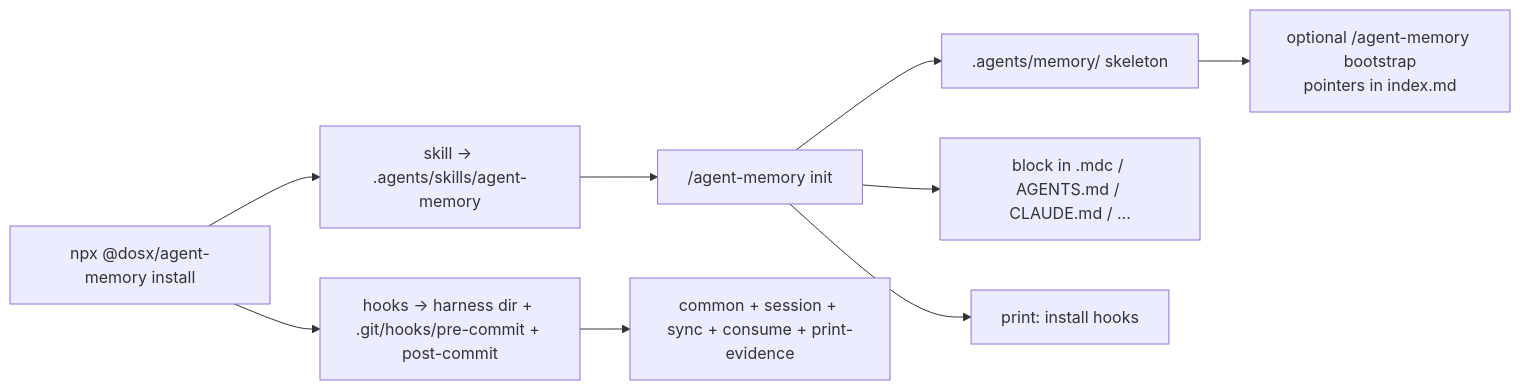
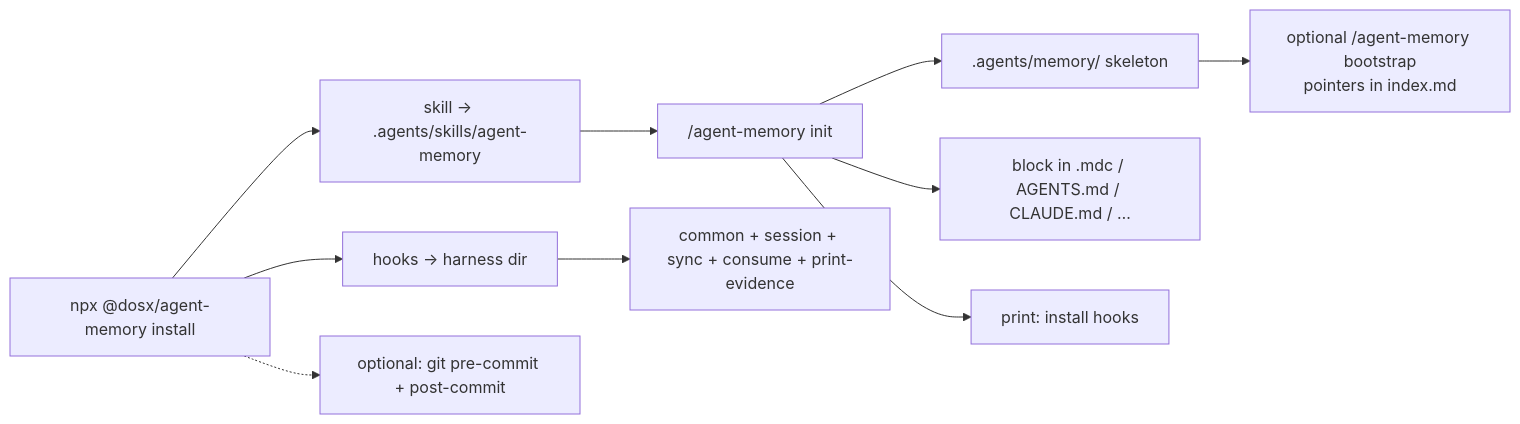
Before and after one commit to diegoos/agent-memory: the second of 5 diagrams in README.md, drawn with Mermaid. The commit also changed other lines of this file and 18 other files, not shown here.

````diff
--- a/README.md
+++ b/README.md
@@ -59,11 +59,12 @@
 ```mermaid
 flowchart LR
   A["npx @dosx/agent-memory install"] --> B["skill → .agents/skills/agent-memory"]
-  A --> C["hooks → harness dir + .git/hooks/pre-commit + post-commit"]
+  A --> C["hooks → harness dir"]
+  A -.-> Githooks["optional: git pre-commit + post-commit"]
   B --> D["/agent-memory init"]
   D --> E[".agents/memory/ skeleton"]
   D --> F["block in .mdc / AGENTS.md / CLAUDE.md / …"]
   D --> G["print: install hooks"]
   C --> H["common + session + sync + consume + print-evidence"]
   E --> I["optional /agent-memory bootstrap<br/>pointers in index.md"]
 ```
````
